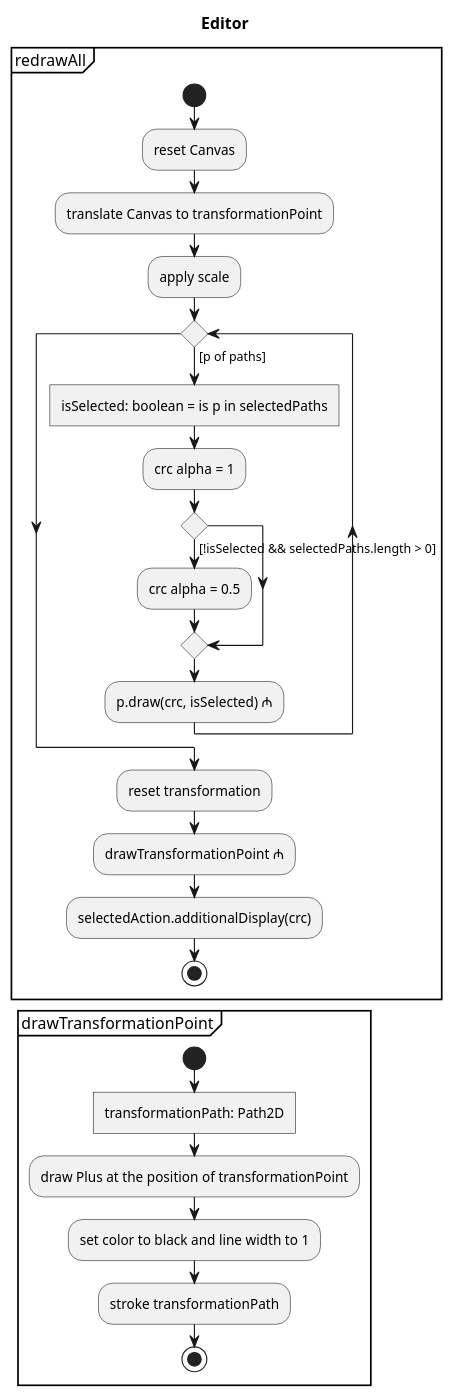
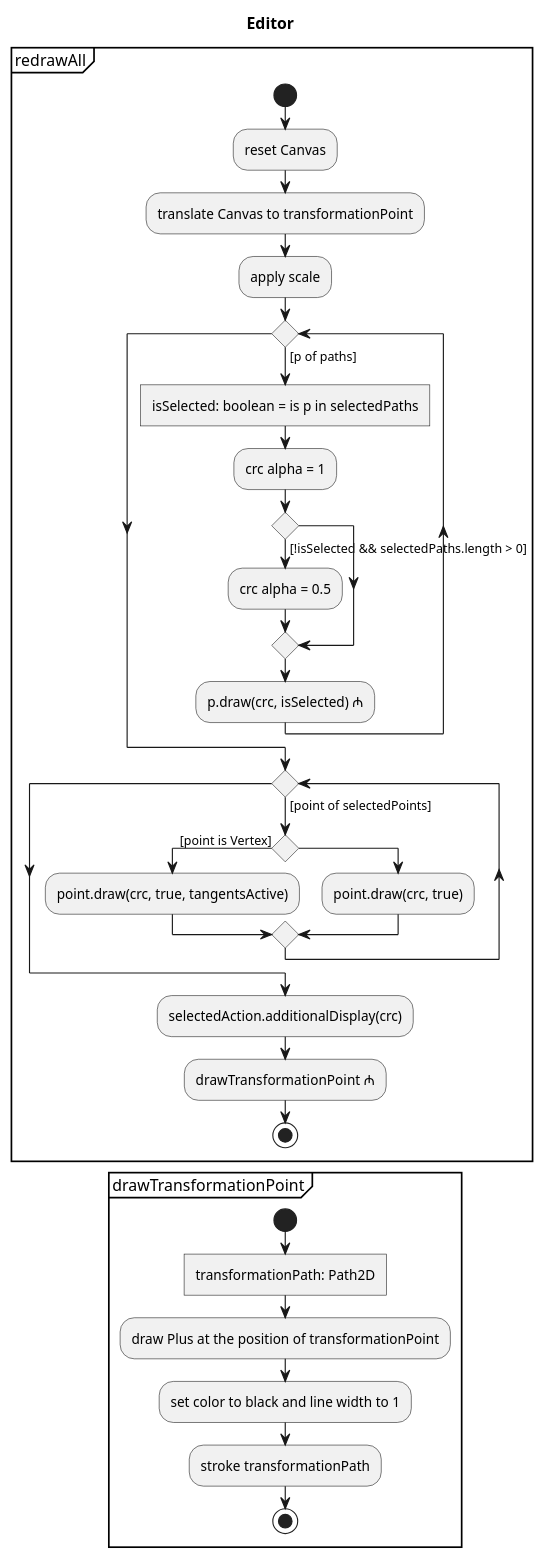
Before and after one commit to JirkaDellOro/FUDGE: the diagram in Experiments/Lukas/VectorEditor/concept/Activities/Editor/redrawAll.puml, drawn with PlantUML. The commit also changed 9 other files, not shown here.

```diff
--- a/Experiments/Lukas/VectorEditor/concept/Activities/Editor/redrawAll.puml
+++ b/Experiments/Lukas/VectorEditor/concept/Activities/Editor/redrawAll.puml
@@ -1,37 +1,45 @@
 @startuml UIHandler
 skinparam monochrome true
 
 title Editor
 
 partition redrawAll {
 	start
 	:reset Canvas;
 	:translate Canvas to transformationPoint;
 	:apply scale;
 
 	while() is ([p of paths])
 		:isSelected: boolean = is p in selectedPaths]
 			:crc alpha = 1;
 		if() then ([!isSelected && selectedPaths.length > 0])
 			:crc alpha = 0.5;
 		endif
 		:p.draw(crc, isSelected) ₼;
 	endwhile
 
-	:reset transformation;
+	while() is ([point of selectedPoints])
+		if() then ([point is Vertex])
+			:point.draw(crc, true, tangentsActive);
+		else
+			:point.draw(crc, true);
+		endif
+	endwhile
+
+	' :reset transformation;
+	:selectedAction.additionalDisplay(crc);
 	:drawTransformationPoint ₼;
-	:selectedAction.additionalDisplay(crc);
 
 	stop 
 }
 break
 
 partition drawTransformationPoint {
 	start
 	:transformationPath: Path2D]
 	:draw Plus at the position of transformationPoint;
 	:set color to black and line width to 1;
 	:stroke transformationPath;
 	stop
 }
 @enduml
```
